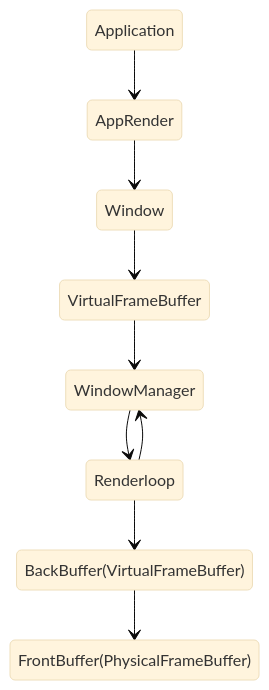
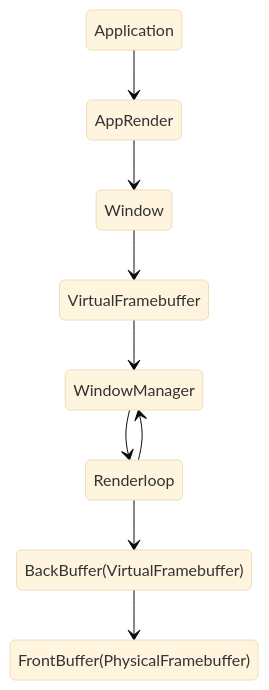
The diagram in book/src/subsystems/display/porthole.md (theseus-os/Theseus), drawn with Mermaid (base theme) before and after one commit. The commit also changed other lines of this file and 6 other files, not shown here.

````diff
--- a/book/src/subsystems/display/porthole.md
+++ b/book/src/subsystems/display/porthole.md
@@ -6,12 +6,12 @@
 ```mermaid
 stateDiagram-v2
     Application --> AppRender
     AppRender --> Window
-    Window --> VirtualFrameBuffer
-    VirtualFrameBuffer --> WindowManager
+    Window --> VirtualFramebuffer
+    VirtualFramebuffer --> WindowManager
     Renderloop --> WindowManager
     WindowManager --> Renderloop
-    Renderloop --> BackBuffer(VirtualFrameBuffer)
-    BackBuffer(VirtualFrameBuffer) -->  
-    FrontBuffer(PhysicalFrameBuffer)
+    Renderloop --> BackBuffer(VirtualFramebuffer)
+    BackBuffer(VirtualFramebuffer) -->  
+    FrontBuffer(PhysicalFramebuffer)
 ```
````
